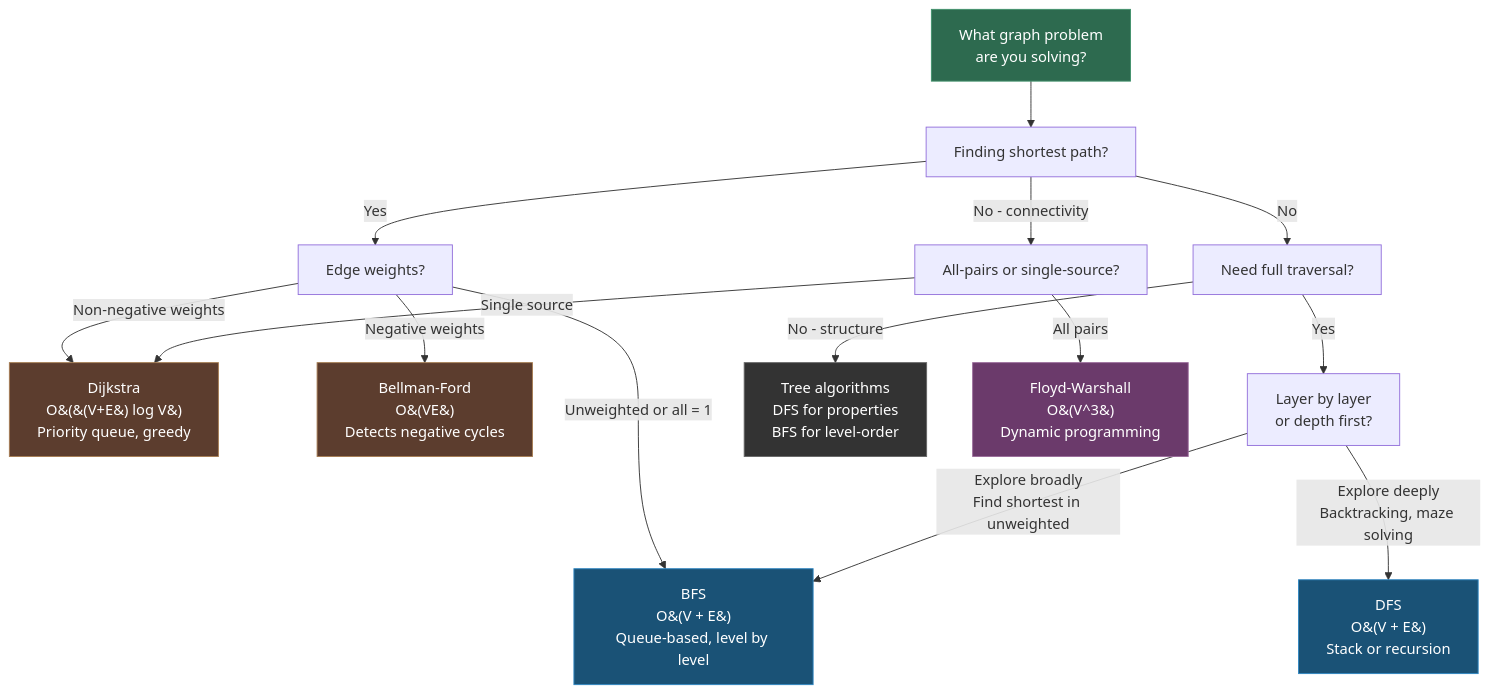
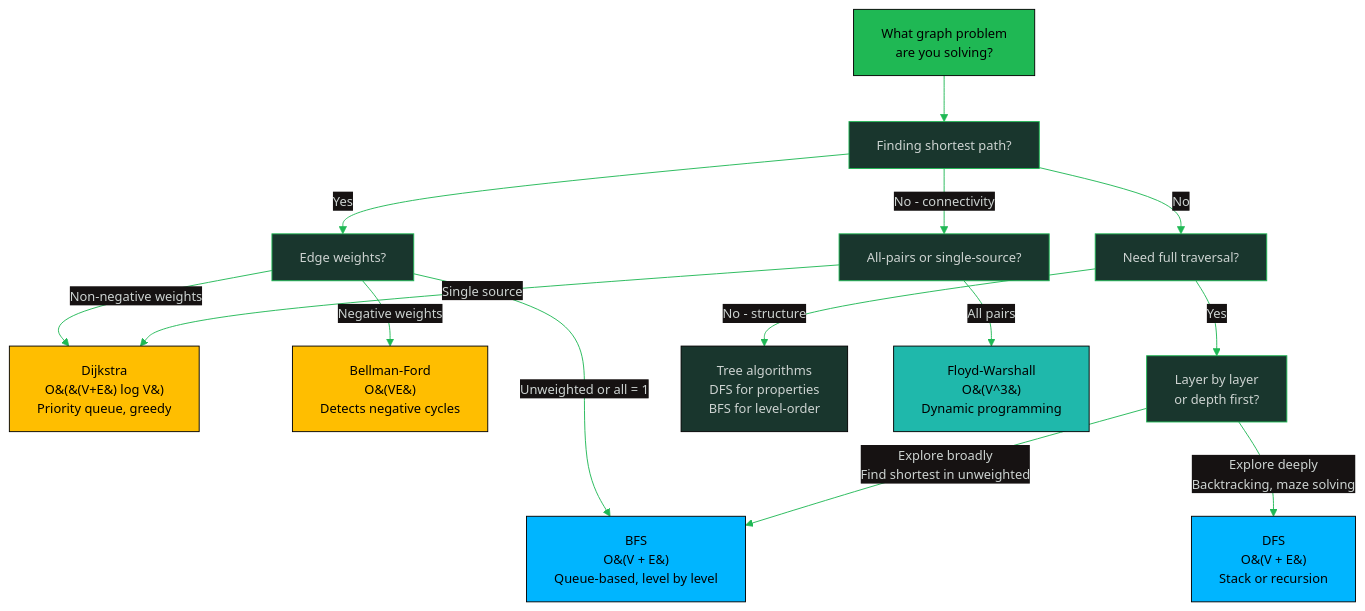
One commit to oat431/swe-knowledge changed the diagram in math-for-software-engineering-note/05_graphs_and_trees.md. Above: the diagram before and after it, drawn with Mermaid. The commit also changed other lines of this file and 18 other files, not shown here.

````diff
--- a/math-for-software-engineering-note/05_graphs_and_trees.md
+++ b/math-for-software-engineering-note/05_graphs_and_trees.md
@@ -108,28 +108,29 @@
 ```mermaid
+%%{init: {'theme':'base','themeVariables':{'primaryColor':'#19362D','primaryTextColor':'#CDD3D1','primaryBorderColor':'#1FB854','lineColor':'#1FB854','background':'#1B1717','mainBkg':'#19362D','clusterBkg':'#161212','edgeLabelBackground':'#161212','titleColor':'#1FB854','fontSize':'14px'}}}%%
 flowchart TD
     START["What graph problem\nare you solving?"] --> Q1["Finding shortest path?"]
     Q1 -->|Yes| Q2["Edge weights?"]
     Q1 -->|No| Q3["Need full traversal?"]
     Q1 -->|No - connectivity| Q4["All-pairs or single-source?"]
 
     Q2 -->|"Unweighted or all = 1"| BFS["BFS\nO&#40;V + E&#41;\nQueue-based, level by level"]
     Q2 -->|"Non-negative weights"| DIJ["Dijkstra\nO&#40;&#40;V+E&#41; log V&#41;\nPriority queue, greedy"]
     Q2 -->|"Negative weights"| BF["Bellman-Ford\nO&#40;VE&#41;\nDetects negative cycles"]
 
     Q3 -->|Yes| Q5["Layer by layer\nor depth first?"]
     Q3 -->|No - structure| TREE["Tree algorithms\nDFS for properties\nBFS for level-order"]
 
     Q5 -->|"Explore broadly\nFind shortest in unweighted"| BFS
     Q5 -->|"Explore deeply\nBacktracking, maze solving"| DFS["DFS\nO&#40;V + E&#41;\nStack or recursion"]
 
     Q4 -->|Single source| DIJ
     Q4 -->|All pairs| FW["Floyd-Warshall\nO&#40;V^3&#41;\nDynamic programming"]
 
-    style START fill:#2d6a4f,stroke:#40916c,color:#fff
-    style BFS fill:#1a5276,stroke:#2e86c1,color:#fff
-    style DFS fill:#1a5276,stroke:#2e86c1,color:#fff
-    style DIJ fill:#5c3d2e,stroke:#a67c52,color:#fff
-    style BF fill:#5c3d2e,stroke:#a67c52,color:#fff
-    style FW fill:#6b3a6b,stroke:#9b6b9b,color:#fff
-    style TREE fill:#333,stroke:#666,color:#fff
+    style START fill:#1FB854,stroke:#000000,color:#000000
+    style BFS fill:#00B5FF,stroke:#000000,color:#000000
+    style DFS fill:#00B5FF,stroke:#000000,color:#000000
+    style DIJ fill:#FFBE00,stroke:#000000,color:#000000
+    style BF fill:#FFBE00,stroke:#000000,color:#000000
+    style FW fill:#1FB8AB,stroke:#000000,color:#000000
+    style TREE fill:#19362D,stroke:#000000,color:#CDD3D1
 ```
````
